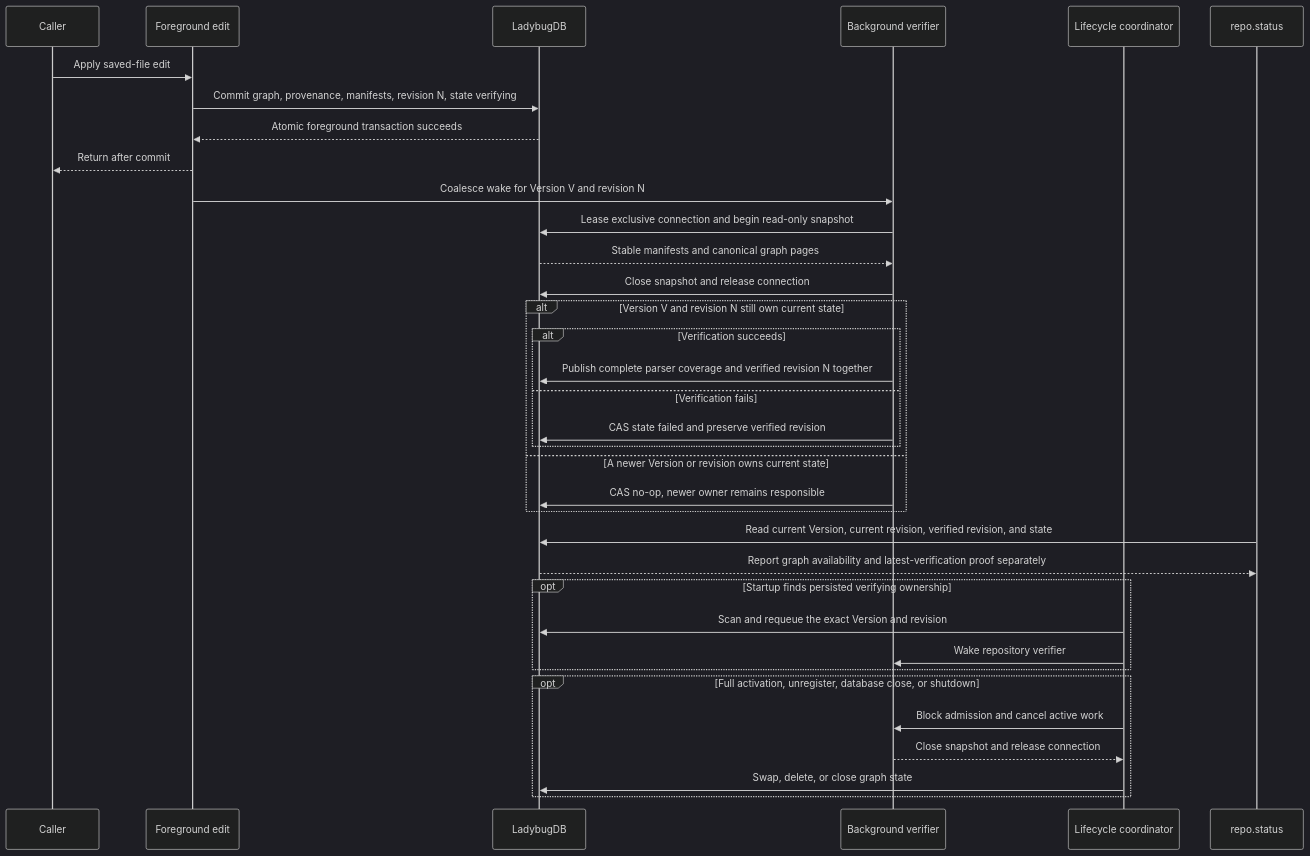
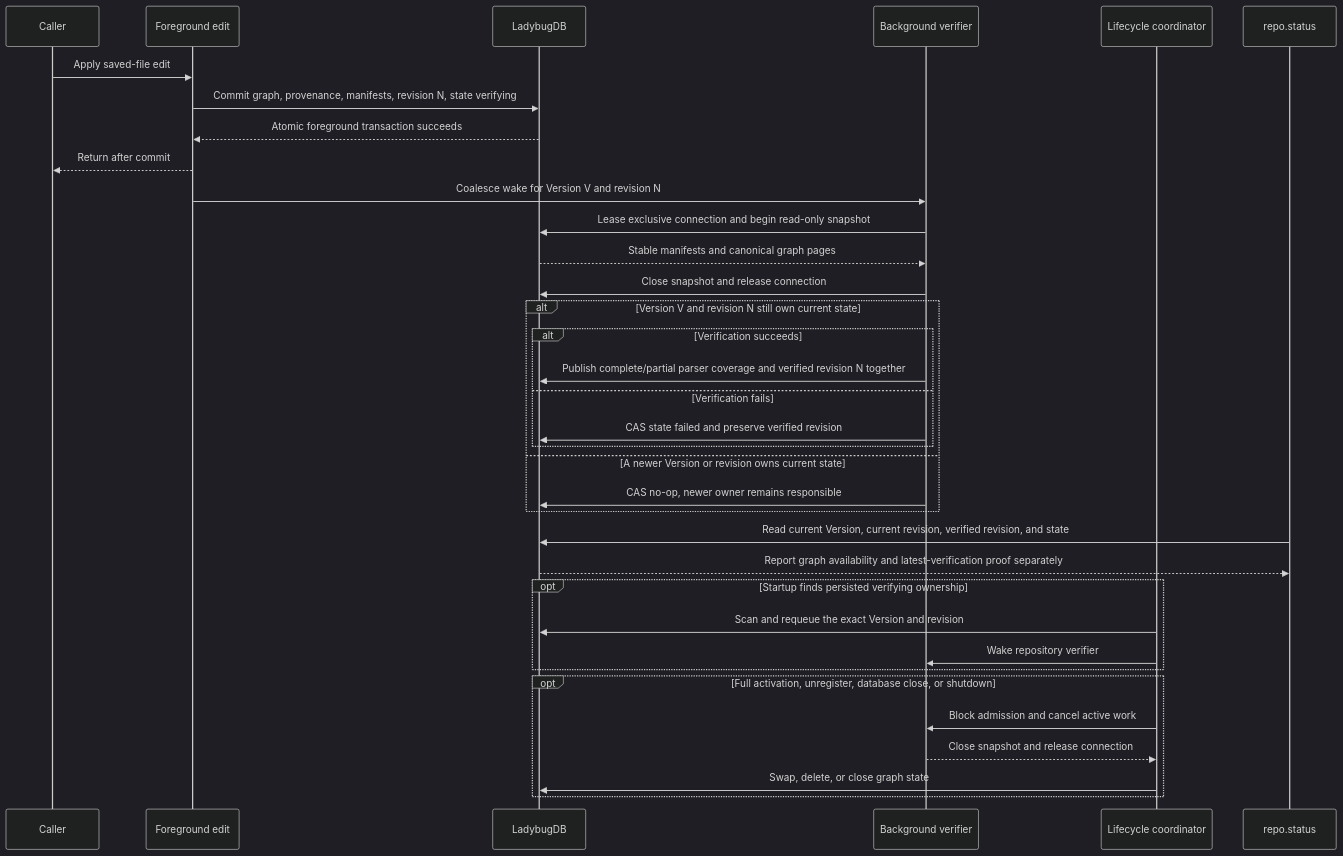
One commit to ClawfficeOrg/sdl-mcp changed the sixth of 15 diagrams in docs/architecture.md. Above: the diagram before and after it, drawn with Mermaid (dark theme). The commit also changed other lines of this file and 4 other files, not shown here.

````diff
--- a/docs/architecture.md
+++ b/docs/architecture.md
@@ -375,40 +375,40 @@
 ```mermaid
 sequenceDiagram
     accTitle: Saved-file graph integrity verification lifecycle
     accDescr: A foreground edit atomically commits graph, parser provenance, manifests, and one owned revision. A separate background transaction publishes parser coverage and graph verification together only for that Version and revision. A background verifier checks one exclusive snapshot, publishes parser coverage and graph verification together only for the exact Version and revision, recovers pending work at startup, reports current and verified state, and closes its snapshot before destructive lifecycle work.
     participant C as Caller
     participant F as Foreground edit
     participant D as LadybugDB
     participant V as Background verifier
     participant L as Lifecycle coordinator
     participant S as repo.status
 
     C->>F: Apply saved-file edit
     F->>D: Commit graph, provenance, manifests, revision N, state verifying
     D-->>F: Atomic foreground transaction succeeds
     F-->>C: Return after commit
     F->>V: Coalesce wake for Version V and revision N
     V->>D: Lease exclusive connection and begin read-only snapshot
     D-->>V: Stable manifests and canonical graph pages
     V->>D: Close snapshot and release connection
     alt Version V and revision N still own current state
         alt Verification succeeds
-            V->>D: Publish complete parser coverage and verified revision N together
+            V->>D: Publish complete/partial parser coverage and verified revision N together
         else Verification fails
             V->>D: CAS state failed and preserve verified revision
         end
     else A newer Version or revision owns current state
         V->>D: CAS no-op, newer owner remains responsible
     end
     S->>D: Read current Version, current revision, verified revision, and state
     D-->>S: Report graph availability and latest-verification proof separately
     opt Startup finds persisted verifying ownership
         L->>D: Scan and requeue the exact Version and revision
         L->>V: Wake repository verifier
     end
     opt Full activation, unregister, database close, or shutdown
         L->>V: Block admission and cancel active work
         V-->>L: Close snapshot and release connection
         L->>D: Swap, delete, or close graph state
     end
 ```
````
